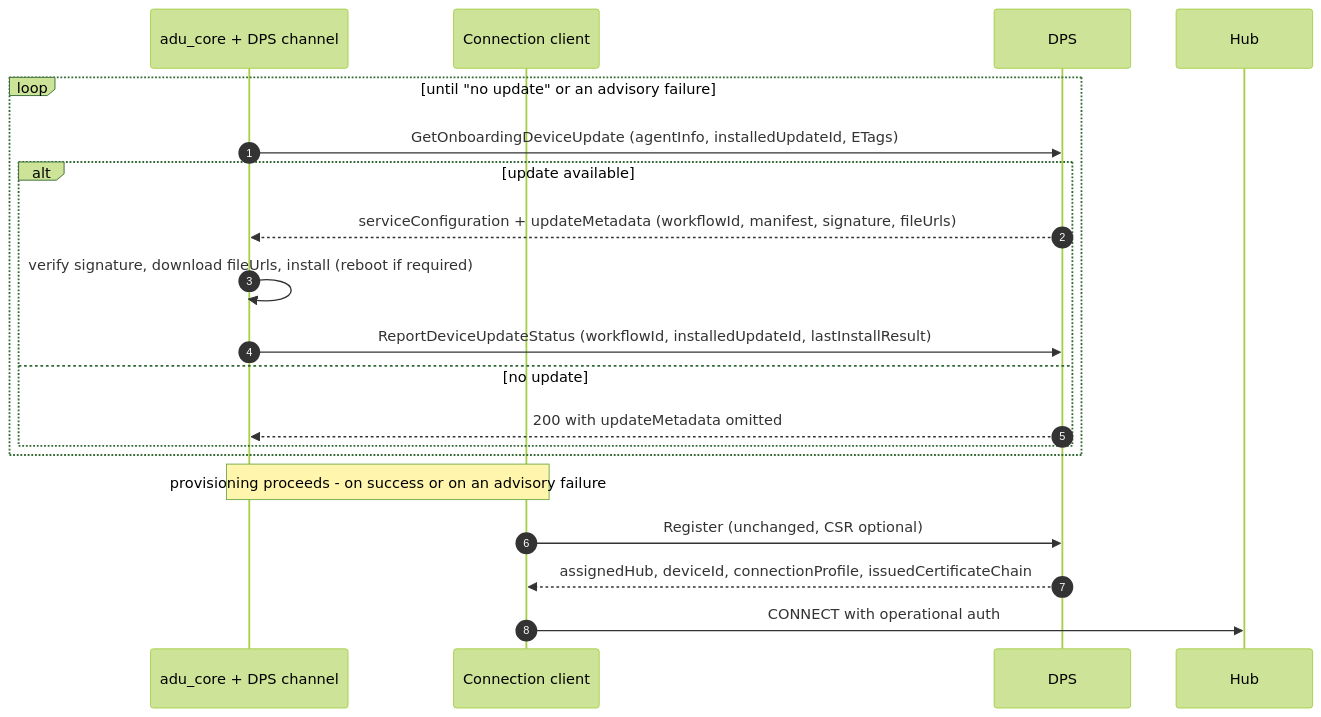
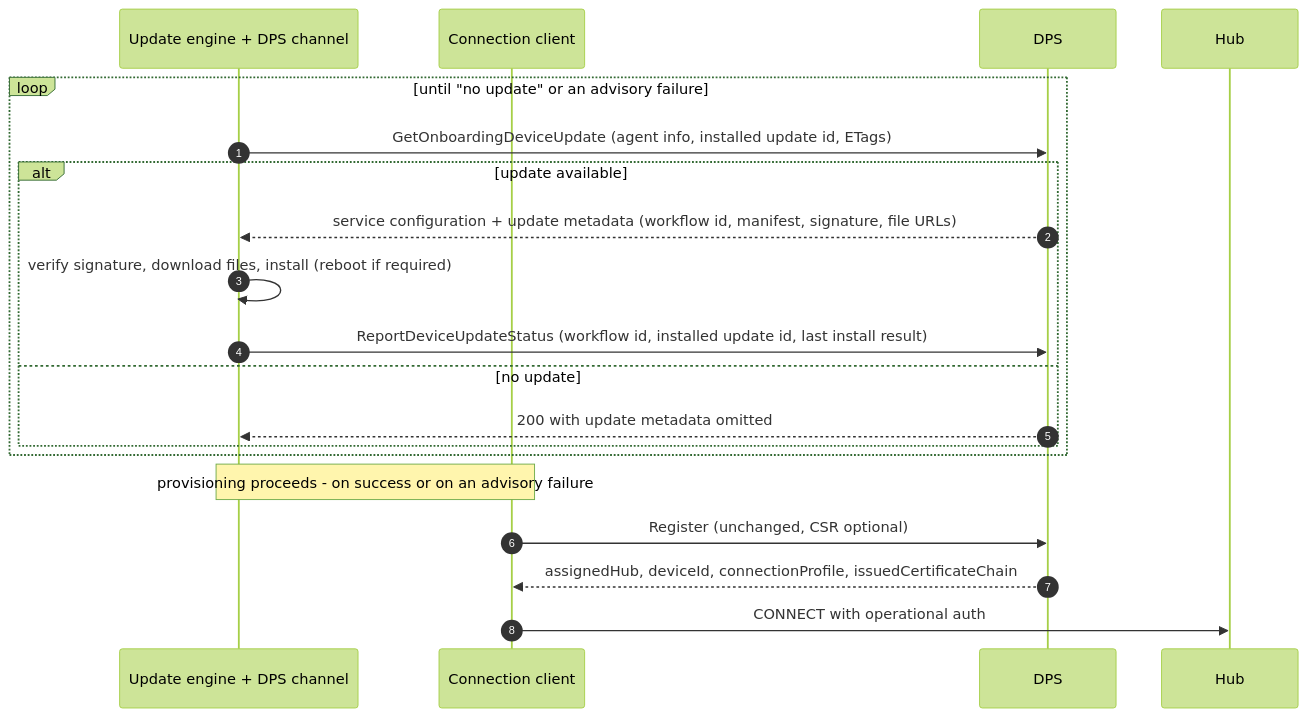
One commit to Azure/azure-iot-sdk changed the seventh of 9 diagrams in c/docs/connection.md. Above: the diagram before and after it, drawn with Mermaid (forest theme). The commit also changed other lines of this file and 1 other file, not shown here.

````diff
--- a/c/docs/connection.md
+++ b/c/docs/connection.md
@@ -398,24 +433,24 @@
 ```mermaid
 sequenceDiagram
     autonumber
-    participant ADU as adu_core + DPS channel
+    participant ADU as Update engine + DPS channel
     participant Conn as Connection client
     participant DPS
     participant Hub
 
     loop until "no update" or an advisory failure
-        ADU->>DPS: GetOnboardingDeviceUpdate (agentInfo, installedUpdateId, ETags)
+        ADU->>DPS: GetOnboardingDeviceUpdate (agent info, installed update id, ETags)
         alt update available
-            DPS-->>ADU: serviceConfiguration + updateMetadata (workflowId, manifest, signature, fileUrls)
-            ADU->>ADU: verify signature, download fileUrls, install (reboot if required)
-            ADU->>DPS: ReportDeviceUpdateStatus (workflowId, installedUpdateId, lastInstallResult)
+            DPS-->>ADU: service configuration + update metadata (workflow id, manifest, signature, file URLs)
+            ADU->>ADU: verify signature, download files, install (reboot if required)
+            ADU->>DPS: ReportDeviceUpdateStatus (workflow id, installed update id, last install result)
         else no update
-            DPS-->>ADU: 200 with updateMetadata omitted
+            DPS-->>ADU: 200 with update metadata omitted
         end
     end
 
     Note over ADU,Conn: provisioning proceeds - on success or on an advisory failure
     Conn->>DPS: Register (unchanged, CSR optional)
     DPS-->>Conn: assignedHub, deviceId, connectionProfile, issuedCertificateChain
     Conn->>Hub: CONNECT with operational auth
 ```
````
